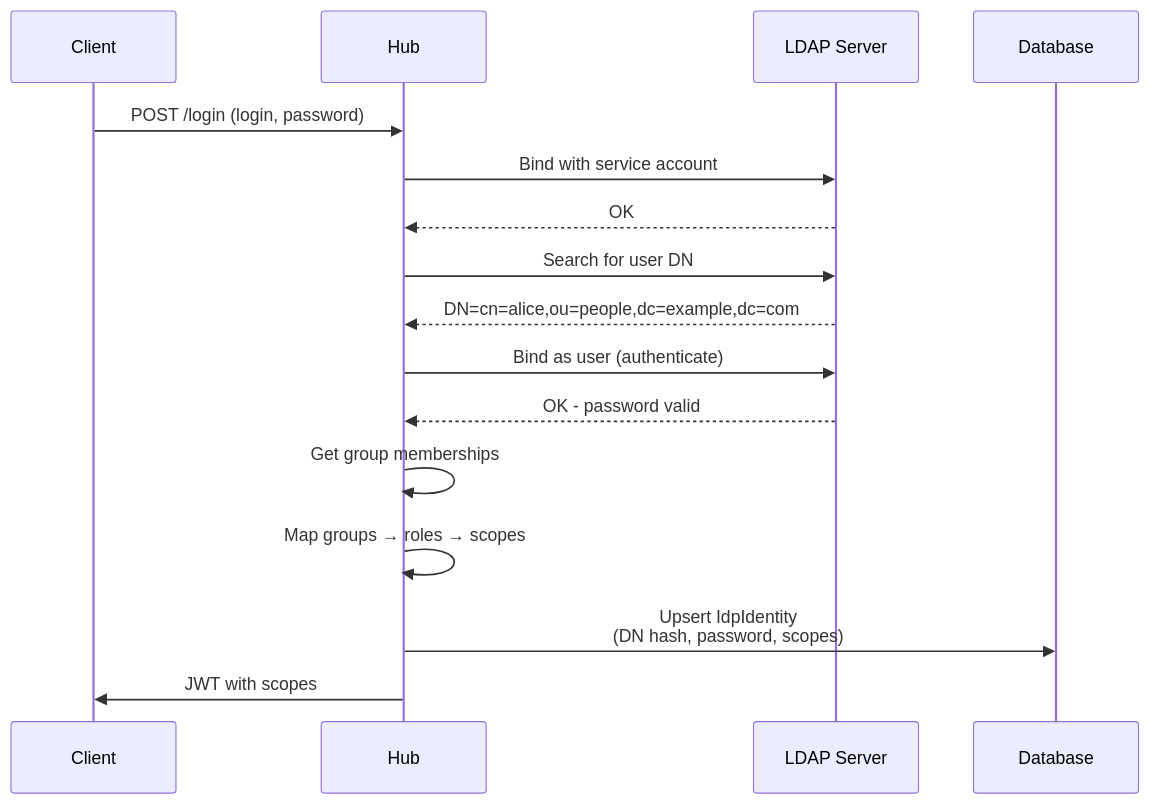
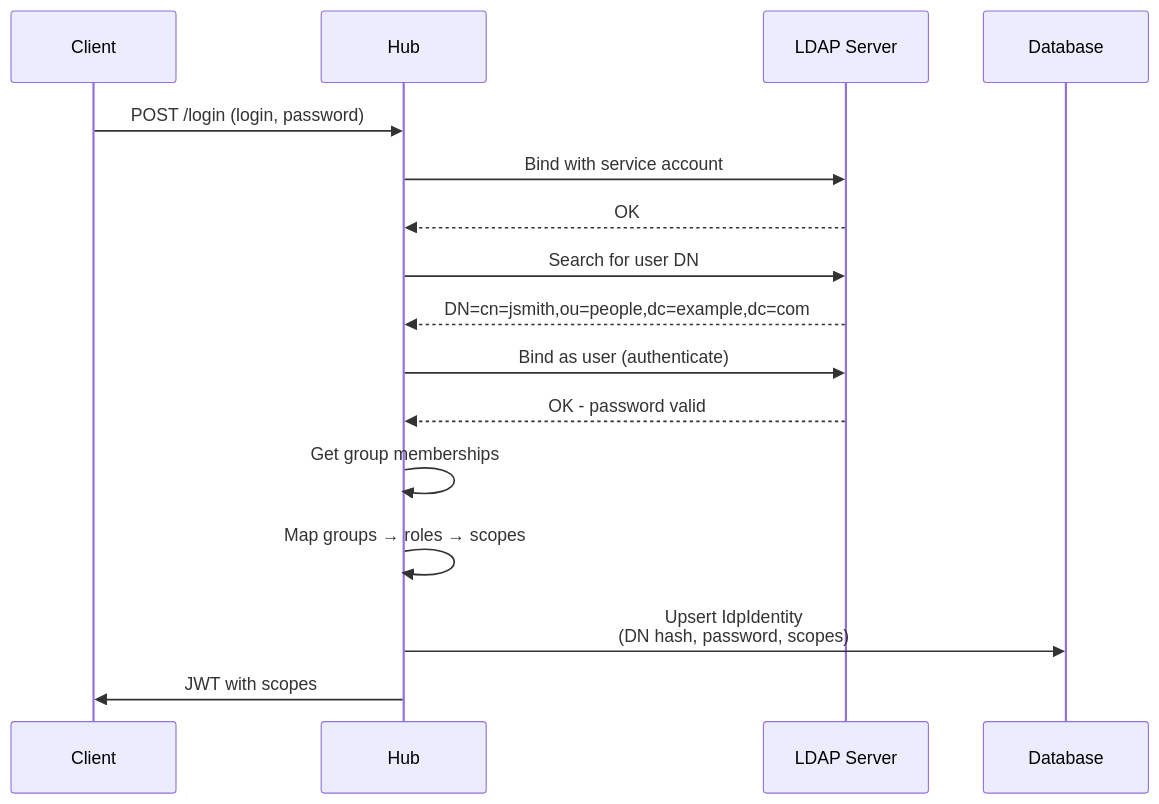
One commit to konveyor/tackle2-hub changed diagram 11 of 12 in internal/auth/README.md. Above: the diagram before and after it, drawn with Mermaid. The commit also changed other lines of this file, not shown here.

````diff
--- a/internal/auth/README.md
+++ b/internal/auth/README.md
@@ -776,23 +801,23 @@
 ```mermaid
 sequenceDiagram
     participant Client
     participant Hub
     participant LDAP as LDAP Server
     participant Database
     
     Client->>Hub: POST /login (login, password)
     Hub->>LDAP: Bind with service account
     LDAP-->>Hub: OK
     
     Hub->>LDAP: Search for user DN
-    LDAP-->>Hub: DN=cn=alice,ou=people,dc=example,dc=com
+    LDAP-->>Hub: DN=cn=jsmith,ou=people,dc=example,dc=com
     
     Hub->>LDAP: Bind as user (authenticate)
     LDAP-->>Hub: OK - password valid
     
     Hub->>Hub: Get group memberships
     Hub->>Hub: Map groups → roles → scopes
     
     Hub->>Database: Upsert IdpIdentity<br/>(DN hash, password, scopes)
     Hub->>Client: JWT with scopes
 ```
````
